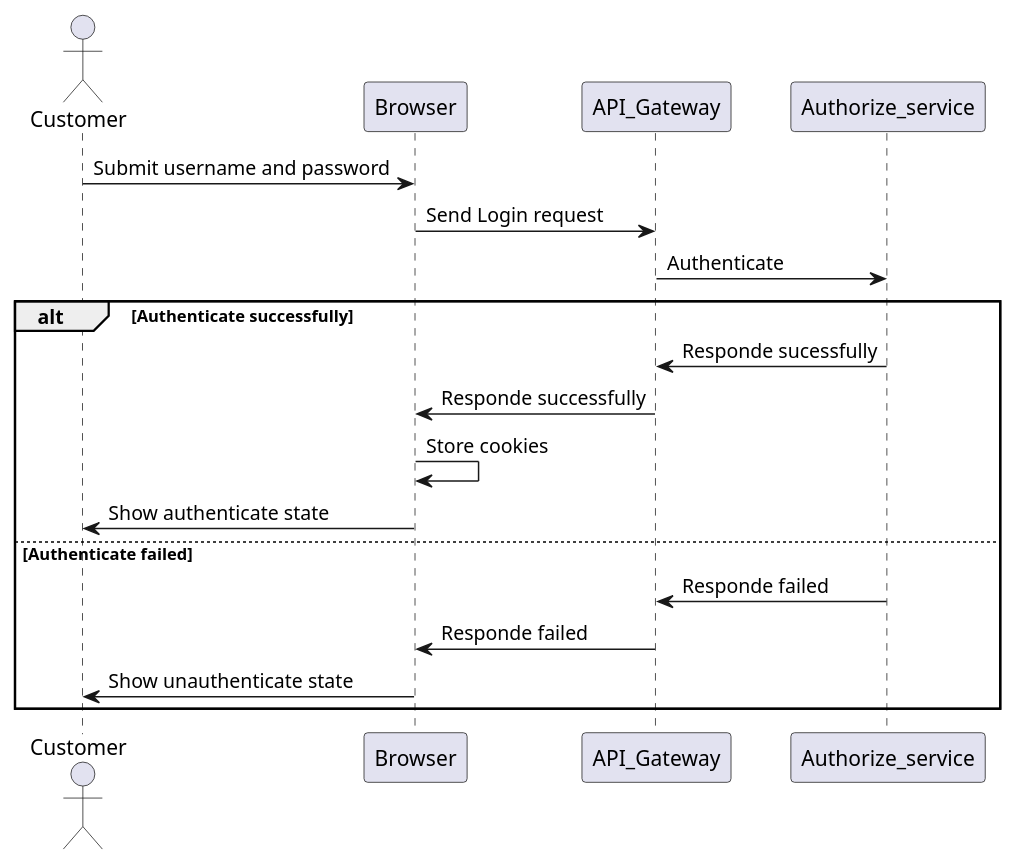
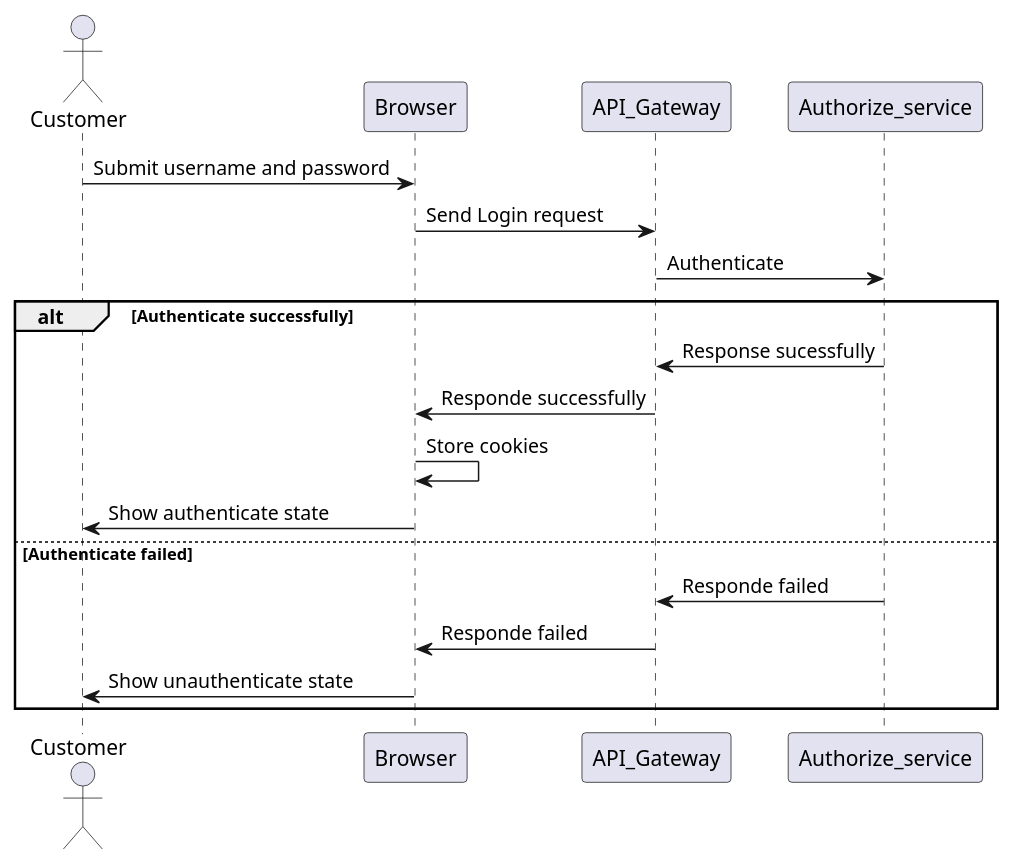
The diagram in Section3/question4Section3.wsd (Nghia4/backend_test), drawn with PlantUML before and after one commit. The commit also changed 4 other files, not shown here.

```diff
--- a/Section3/question4Section3.wsd
+++ b/Section3/question4Section3.wsd
@@ -1,29 +1,29 @@
 @startuml scale API
 
 actor Customer
 
 Customer -> Browser : Submit username and password
 
 Browser -> API_Gateway : Send Login request
 
 API_Gateway -> Authorize_service : Authenticate
 
     alt Authenticate successfully
 
-    Authorize_service -> API_Gateway : Responde sucessfully
+    Authorize_service -> API_Gateway : Response sucessfully
 
     API_Gateway -> Browser : Responde successfully
 
     Browser -> Browser : Store cookies
 
     Browser -> Customer : Show authenticate state
 
     else Authenticate failed
 
     Authorize_service -> API_Gateway : Responde failed
 
     API_Gateway -> Browser : Responde failed
 
     Browser -> Customer : Show unauthenticate state
     end
 @enduml
```
